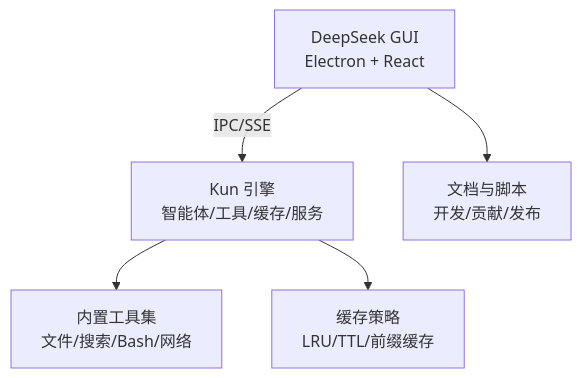
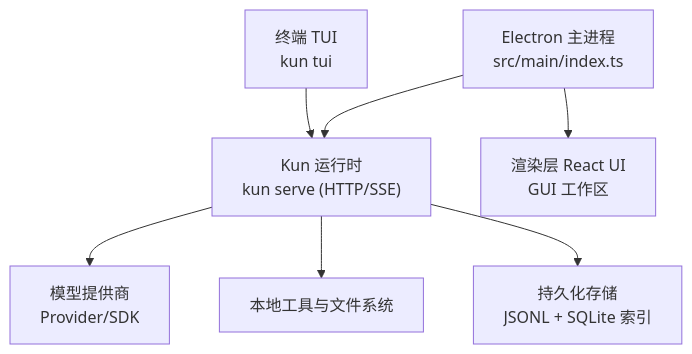
Before and after one commit to haolange/DeepSeek-GUI: the first of 6 diagrams in .qoder/repowiki/zh/content/项目概述/项目概述.md, drawn with Mermaid. The commit also changed other lines of this file and 341 other files, not shown here.

````diff
--- a/.qoder/repowiki/zh/content/项目概述/项目概述.md
+++ b/.qoder/repowiki/zh/content/项目概述/项目概述.md
@@ -142,12 +44,9 @@
 ```mermaid
 graph TB
-GUI["DeepSeek GUI<br/>Electron + React"]
-KUN["Kun 引擎<br/>智能体/工具/缓存/服务"]
-TOOLS["内置工具集<br/>文件/搜索/Bash/网络"]
-CACHE["缓存策略<br/>LRU/TTL/前缀缓存"]
-DOCS["文档与脚本<br/>开发/贡献/发布"]
-GUI --> |"IPC/SSE"| KUN
-KUN --> TOOLS
-KUN --> CACHE
-GUI --> DOCS
+A["Electron 主进程<br/>src/main/index.ts"] --> B["Kun 运行时<br/>kun serve (HTTP/SSE)"]
+A --> C["渲染层 React UI<br/>GUI 工作区"]
+D["终端 TUI<br/>kun tui"] --> B
+B --> E["模型提供商<br/>Provider/SDK"]
+B --> F["本地工具与文件系统"]
+B --> G["持久化存储<br/>JSONL + SQLite 索引"]
 ```
````
